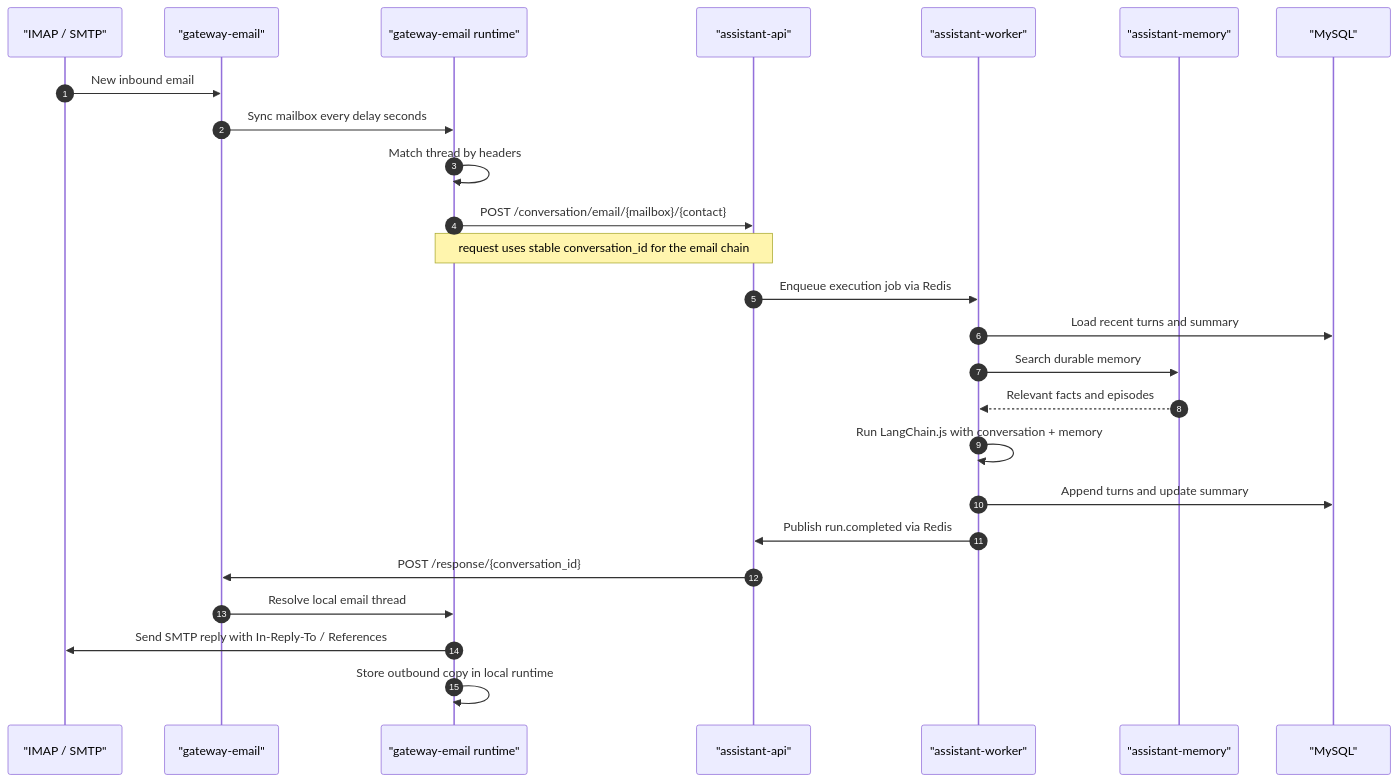
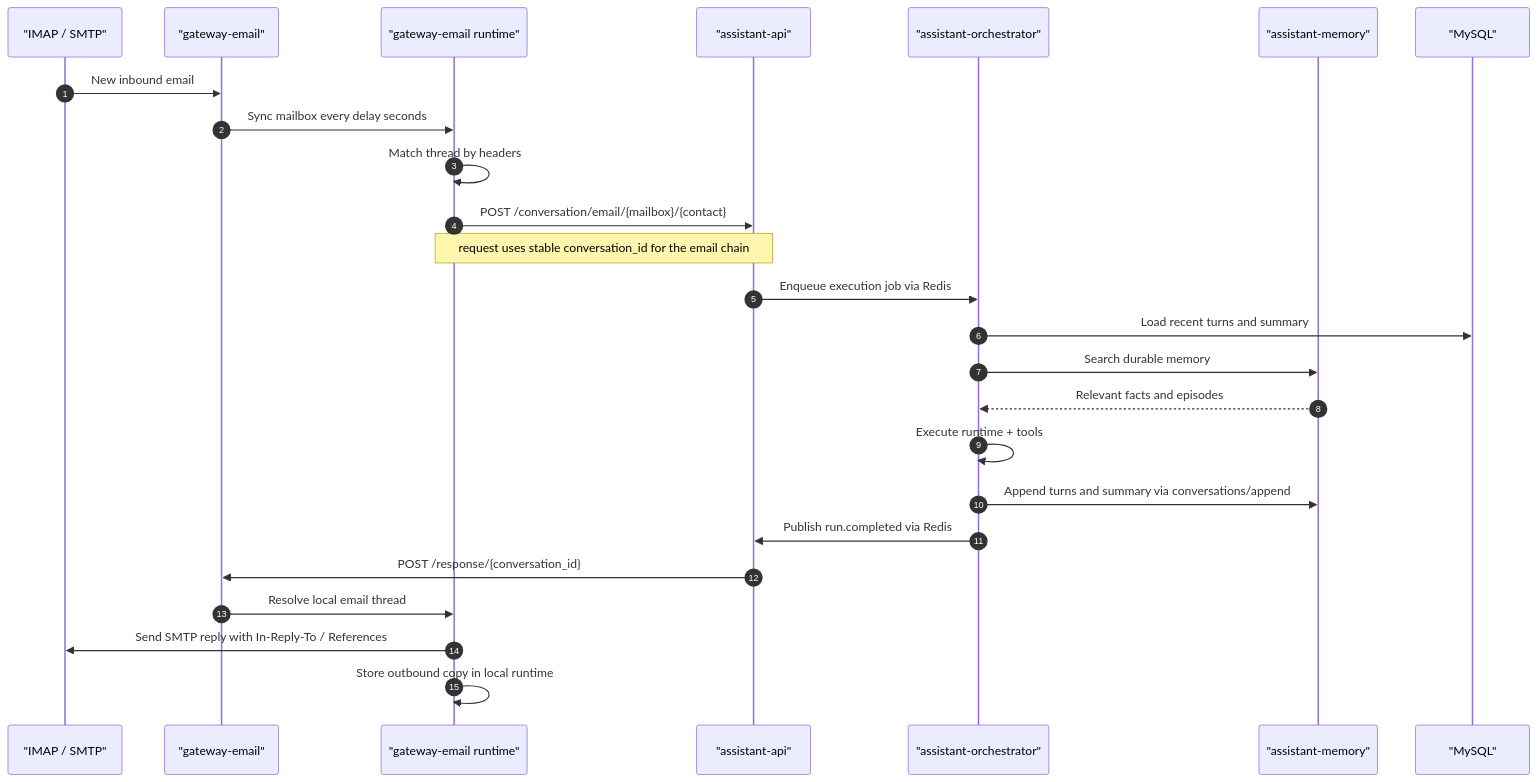
The second of 2 diagrams in docs/architecture/conversation.md (vinitu/my-concierge), drawn with Mermaid before and after one commit. The commit also changed other lines of this file and 195 other files, not shown here.

First line of the commit message:
refactor: update application modules and remove assistant-worker

````diff
--- a/docs/architecture/conversation.md
+++ b/docs/architecture/conversation.md
@@ -103,30 +103,30 @@
 ```mermaid
 sequenceDiagram
     autonumber
     participant Mail as "IMAP / SMTP"
     participant Gateway as "gateway-email"
     participant Runtime as "gateway-email runtime"
     participant API as "assistant-api"
-    participant Worker as "assistant-worker"
+    participant Worker as "assistant-orchestrator"
     participant Memory as "assistant-memory"
     participant DB as "MySQL"
 
     Mail->>Gateway: New inbound email
     Gateway->>Runtime: Sync mailbox every delay seconds
     Runtime->>Runtime: Match thread by headers
     Runtime->>API: POST /conversation/email/{mailbox}/{contact}
     Note over Runtime,API: request uses stable conversation_id for the email chain
 
     API->>Worker: Enqueue execution job via Redis
     Worker->>DB: Load recent turns and summary
     Worker->>Memory: Search durable memory
     Memory-->>Worker: Relevant facts and episodes
-    Worker->>Worker: Run LangChain.js with conversation + memory
-    Worker->>DB: Append turns and update summary
+    Worker->>Worker: Execute runtime + tools
+    Worker->>Memory: Append turns and summary via conversations/append
     Worker->>API: Publish run.completed via Redis
 
     API->>Gateway: POST /response/{conversation_id}
     Gateway->>Runtime: Resolve local email thread
     Runtime->>Mail: Send SMTP reply with In-Reply-To / References
     Runtime->>Runtime: Store outbound copy in local runtime
 ```
````
